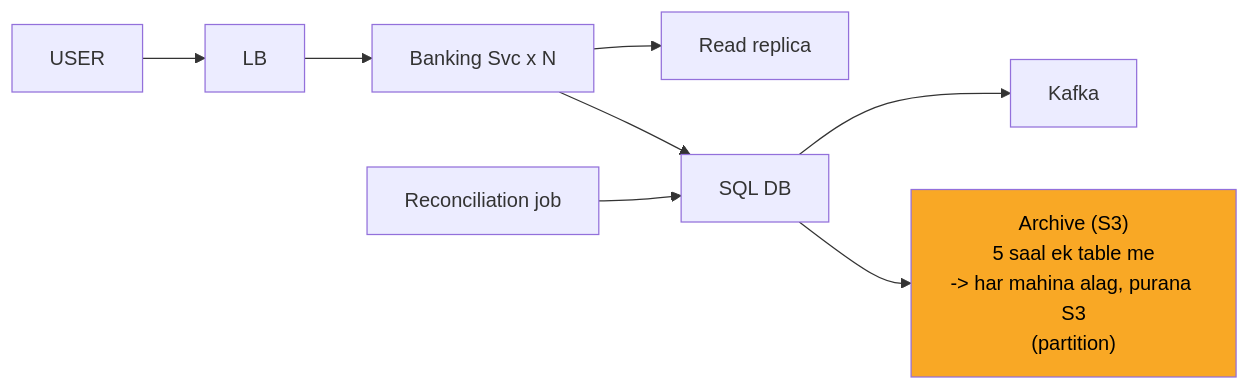
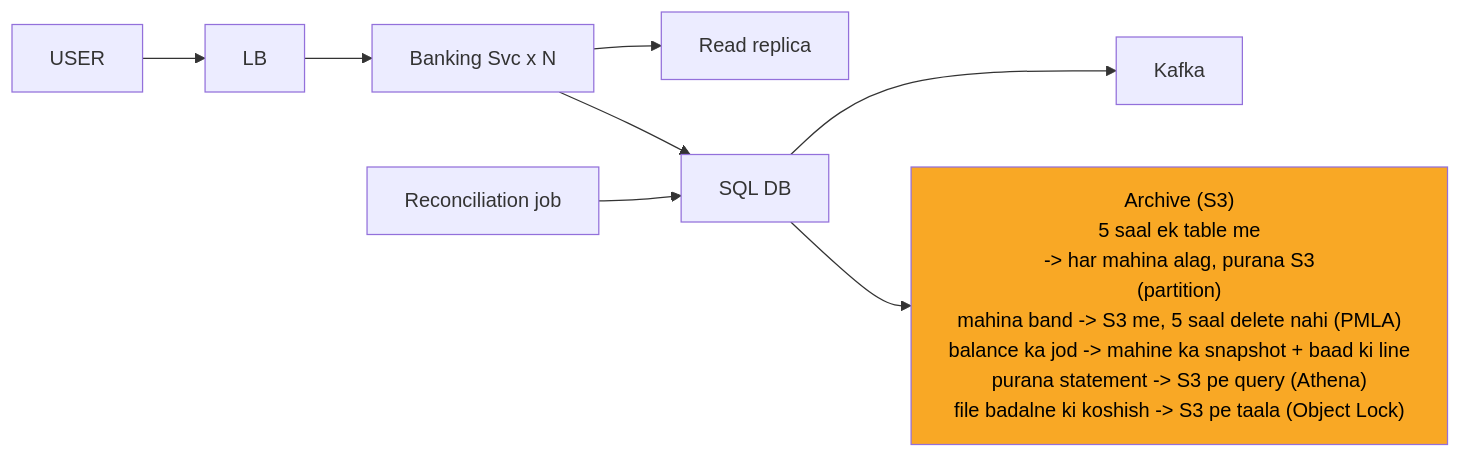
Diagram 12 of 13 in 04_HLD/SYSTEM_DESIGNS/13_banking_system/13_banking_system.md (ArpanMaheshwari144/Prep), drawn with Mermaid before and after one commit. The commit also changed other lines of this file and 12 other files, not shown here.

Commit message:
hld 02-14: peele dabbe me SAFAR ke mod + diagram chauda (wrappingWidth 450)

````diff
--- a/04_HLD/SYSTEM_DESIGNS/13_banking_system/13_banking_system.md
+++ b/04_HLD/SYSTEM_DESIGNS/13_banking_system/13_banking_system.md
@@ -400,19 +412,20 @@
 ```mermaid
+%%{init: {"flowchart": {"wrappingWidth": 450}}}%%
 flowchart LR
     n_USER["USER"]
     n_LB["LB"]
     n_Banking_Svc_xN["Banking Svc x N"]
     n_RR["Read replica"]
     n_DB["SQL DB"]
     n_K["Kafka"]
-    n_S3["Archive (S3)<br/>5 saal ek table me<br/>-> har mahina alag, purana S3<br/>(partition)"]
+    n_S3["Archive (S3)<br/>5 saal ek table me<br/>-> har mahina alag, purana S3<br/>(partition)<br/>mahina band -> S3 me, 5 saal delete nahi (PMLA)<br/>balance ka jod -> mahine ka snapshot + baad ki line<br/>purana statement -> S3 pe query (Athena)<br/>file badalne ki koshish -> S3 pe taala (Object Lock)"]
     n_REC["Reconciliation job"]
     n_USER --> n_LB
     n_LB --> n_Banking_Svc_xN
     n_Banking_Svc_xN --> n_RR
     n_Banking_Svc_xN --> n_DB
     n_DB --> n_K
     n_REC --> n_DB
     n_DB --> n_S3
     style n_S3 fill:#f9a825,color:#000
 ```
````
